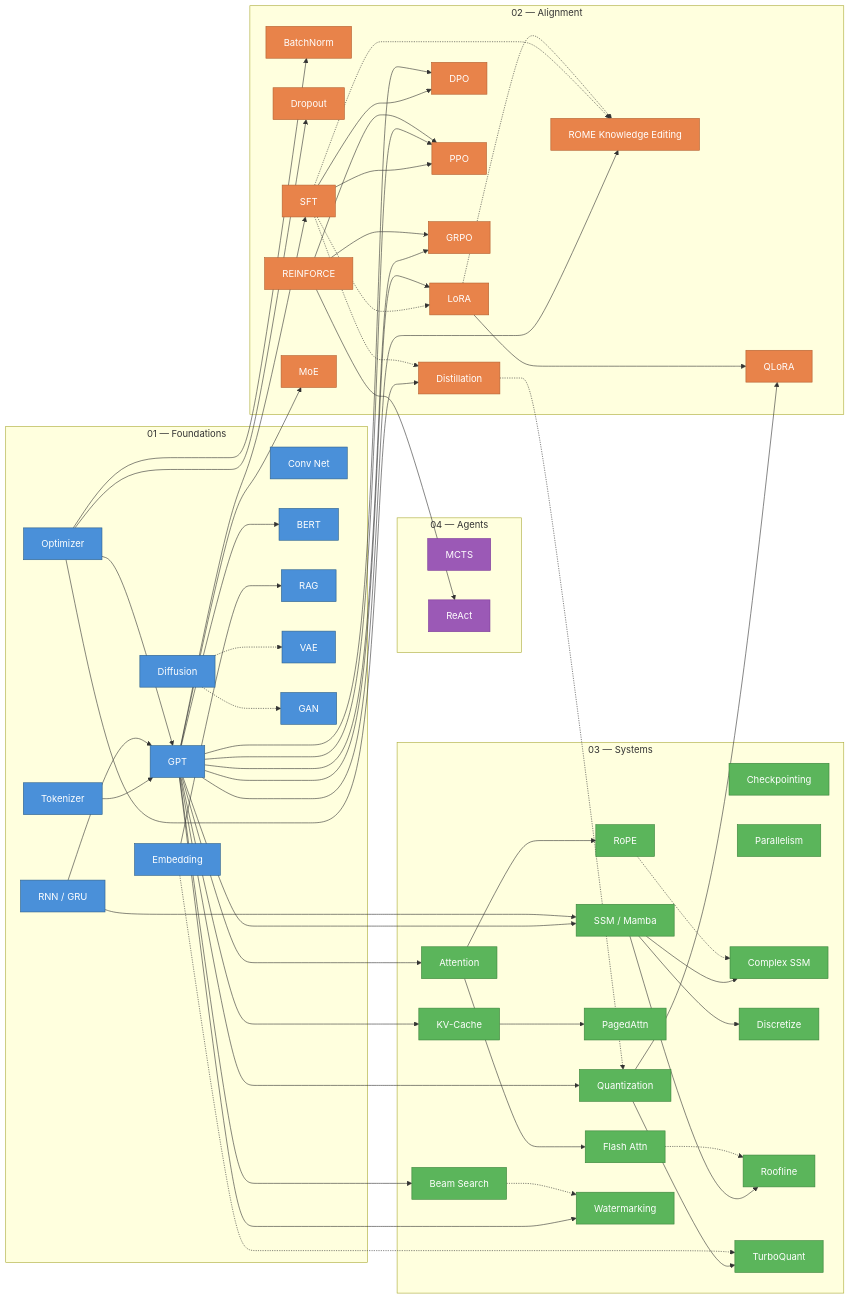
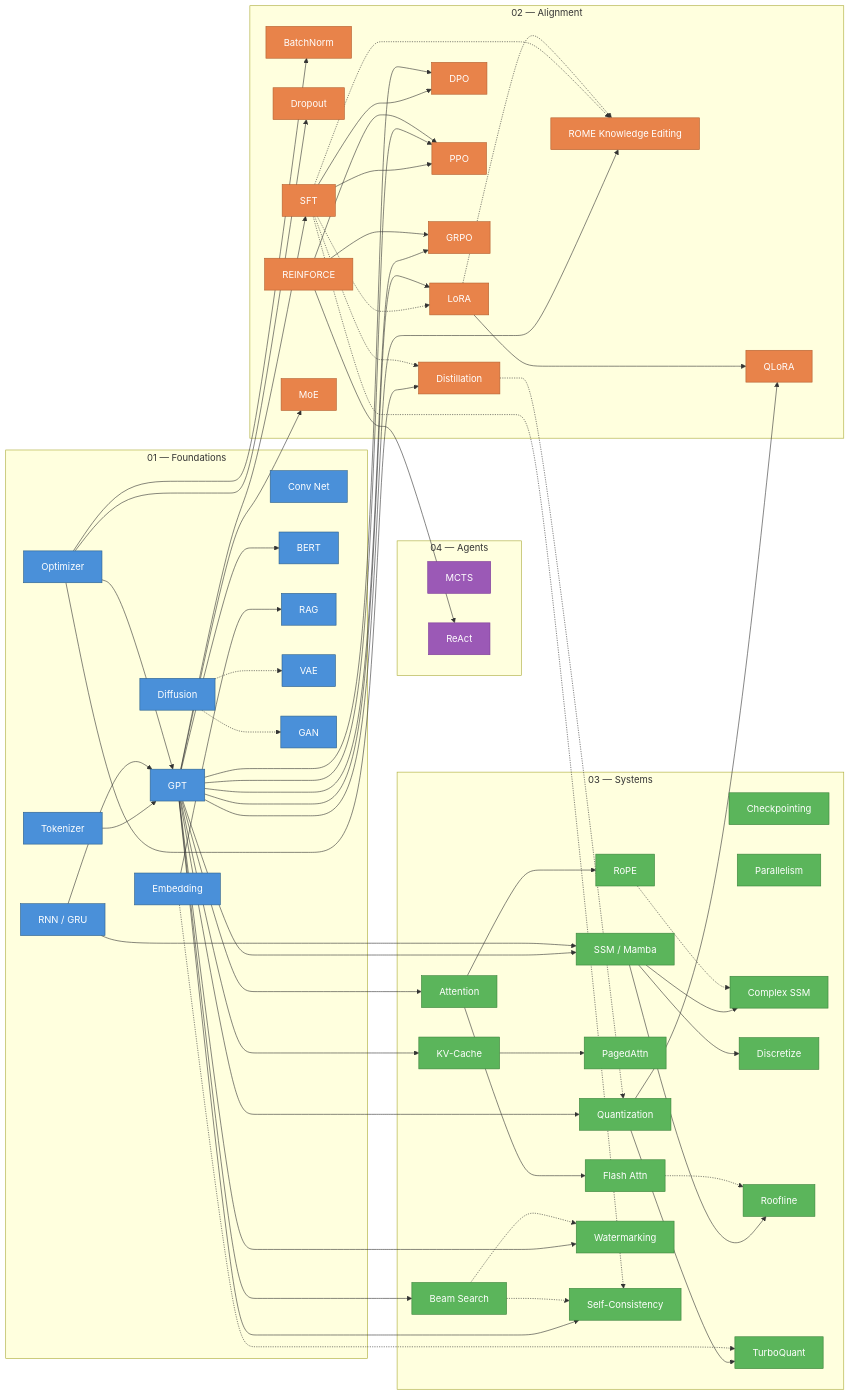
The diagram in README.md (no-magic-ai/no-magic), drawn with Mermaid before and after one commit. The commit also changed other lines of this file and 10 other files, not shown here.

````diff
--- a/README.md
+++ b/README.md
@@ -472,6 +479,7 @@
     ROOF["Roofline"]
     TURBO["TurboQuant"]
     WM["Watermarking"]
+    COT["Self-Consistency"]
   end
 
   %% --- Foundation internals ---
@@ -534,12 +542,17 @@
   GPT --> WM
   BEAM -.-> WM
 
+  %% --- Reasoning traces and self-consistency decoding ---
+  GPT --> COT
+  BEAM -.-> COT
+  SFT -.-> COT
+
   %% --- Foundations / Alignment → Agents ---
   REINF --> REACT
 
   %% --- Apply styles ---
   class TOK,EMB,OPT,RNN,CONV,GPT,BERT,RAG,DIFF,VAE,GAN foundations
   class BN,DROP,SFT,LORA,QLORA,DPO,REINF,PPO,GRPO,MOE,KD,ROME alignment
-  class ATTN,FLASH,ROPE,KV,PAGED,QUANT,BEAM,CKPT,PAR,SSM,CSSM,DISC,ROOF,TURBO,WM systems
+  class ATTN,FLASH,ROPE,KV,PAGED,QUANT,BEAM,CKPT,PAR,SSM,CSSM,DISC,ROOF,TURBO,WM,COT systems
   class MCTS,REACT agents
 ```
````
